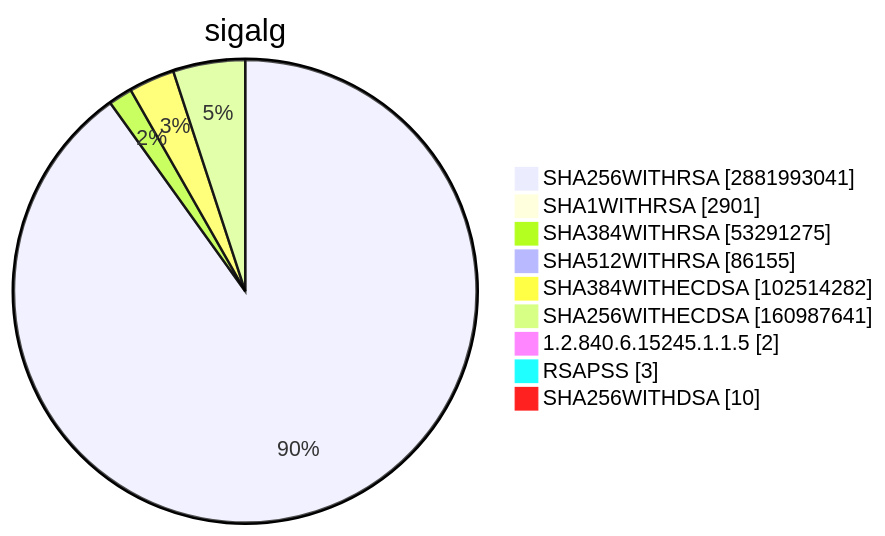
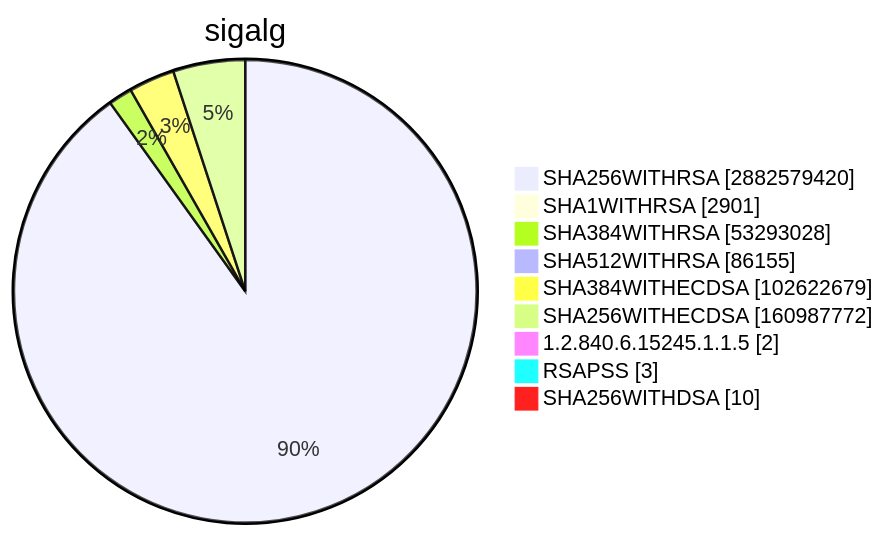
Diagram 15 of 15 in TOTAL/README.md (christiankrug/ctmonitor_visualization), drawn with Mermaid before and after one commit. The commit also changed other lines of this file, not shown here.

````diff
--- a/TOTAL/README.md
+++ b/TOTAL/README.md
@@ -6207,13 +6207,13 @@
 ```mermaid
 pie showData
 title sigalg
-"SHA256WITHRSA" :2881993041
+"SHA256WITHRSA" :2882579420
 "SHA1WITHRSA" :2901
-"SHA384WITHRSA" :53291275
+"SHA384WITHRSA" :53293028
 "SHA512WITHRSA" :86155
-"SHA384WITHECDSA" :102514282
-"SHA256WITHECDSA" :160987641
+"SHA384WITHECDSA" :102622679
+"SHA256WITHECDSA" :160987772
 "1.2.840.6.15245.1.1.5" :2
 "RSAPSS" :3
 "SHA256WITHDSA" :10
 ```
````
